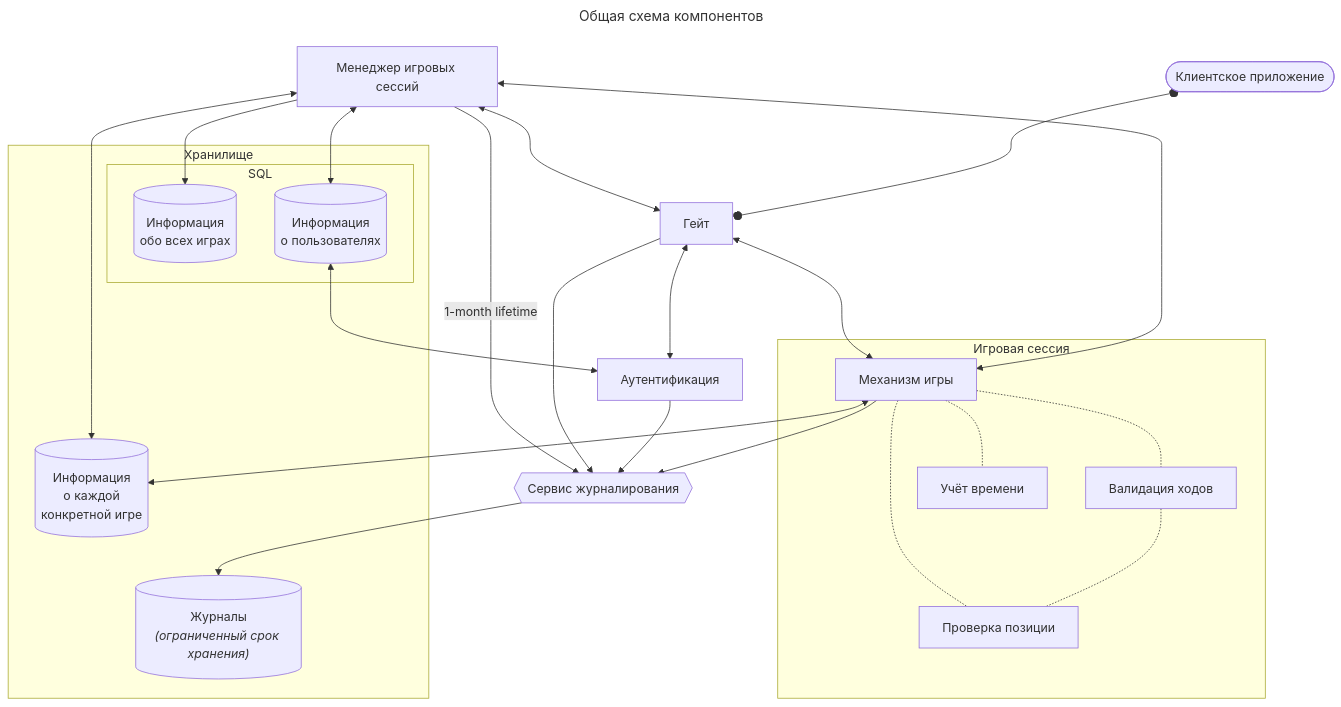
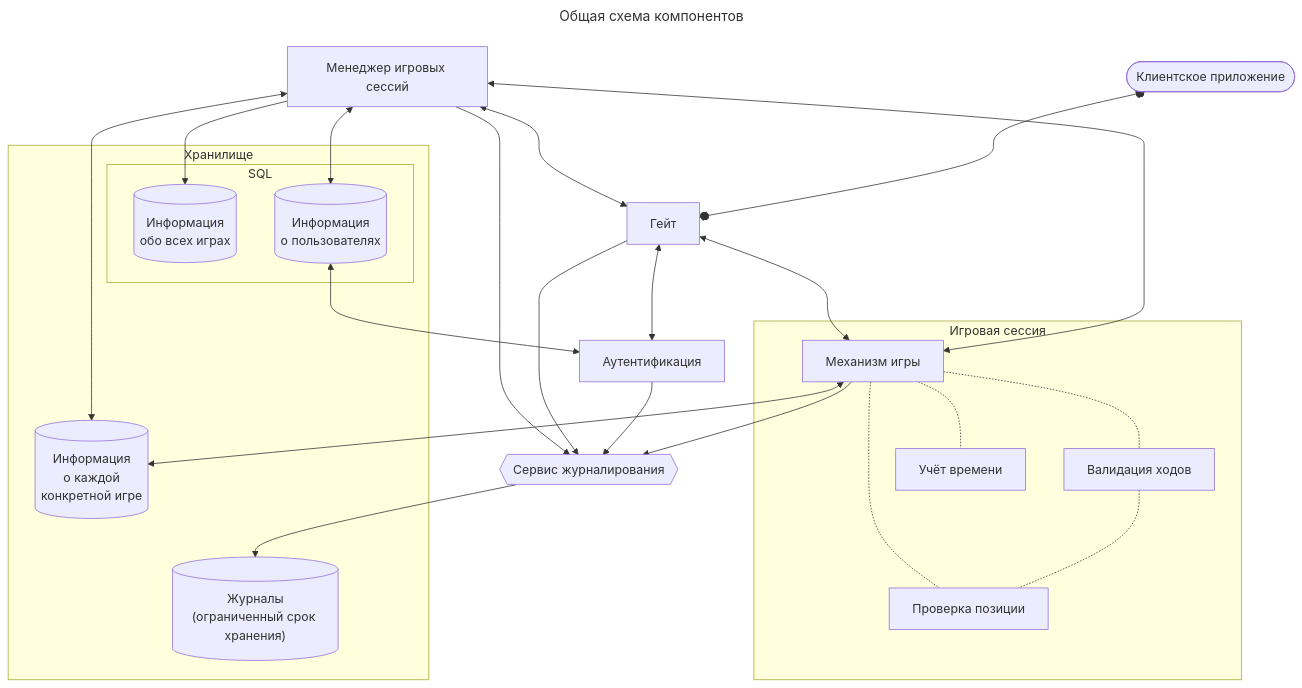
The diagram in docs/arch.md (sadmadrus/chessBox), drawn with Mermaid before and after one commit.

Commit message:
remove obsolete remark

````diff
--- a/docs/arch.md
+++ b/docs/arch.md
@@ -4,47 +4,47 @@
 ```mermaid
 ---
 title: Общая схема компонентов
 ---
 flowchart TD
     Client([Клиентское приложение])
     Gate[Гейт]
     Auth[Аутентификация]
     GS[Менеджер игровых сессий]
     subgraph ChessGame[Игровая сессия]
         Game[Механизм игры]
         Position[Проверка позиции]
         MoveValidator[Валидация ходов]
         Timing[Учёт времени]
         Game -.- Timing
         Game -.- Position
         Game -.- MoveValidator
         MoveValidator-.- Position
     end
     subgraph Repository[Хранилище]
         subgraph SQL[SQL]
             GamesInfo[("`Информация
             обо всех играх`")]
             User[("`Информация
             о пользователях`")]
         end
         GameDetail[("`Информация
         о каждой
         конкретной игре`")]
         LogStorage[("`Журналы
-        _(ограниченный срок хранения)_`")]
+        (ограниченный срок хранения)`")]
     end
         Logs{{Сервис журналирования}}
     Gate <--> Auth 
     GS <--> Gate
     GS <--> User <--> Auth
-    GS -- 1-month lifetime --> Logs
+    GS --> Logs
     Gate <--> Game --> Logs
     Client o--o Gate
     GS <--> Game
     GS --> GamesInfo
     GS <--> GameDetail
     Game <--> GameDetail
     Gate --> Logs
     Auth --> Logs
     Logs --> LogStorage
 ```
````
